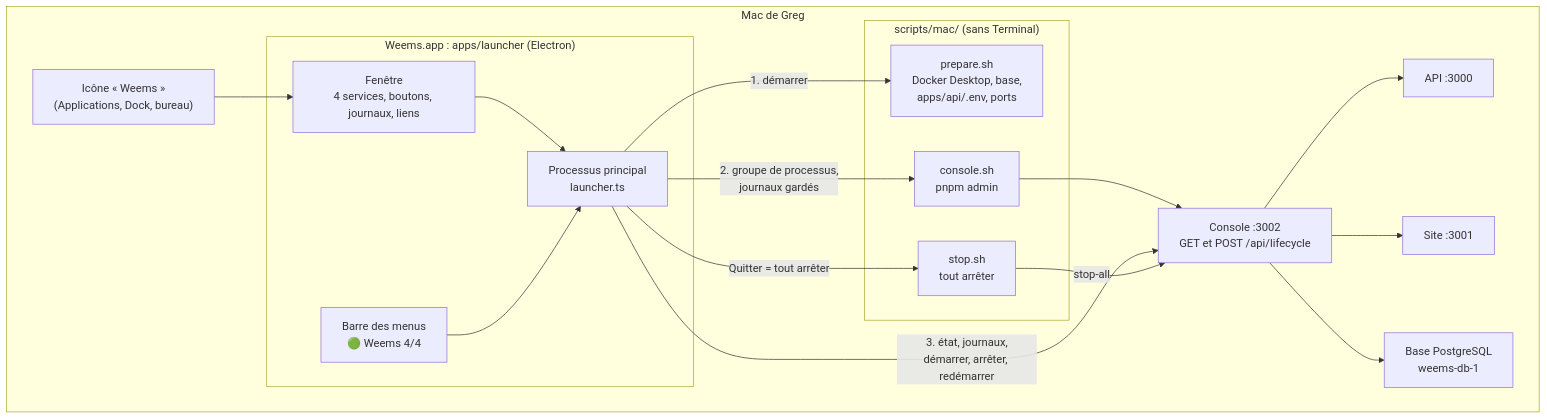
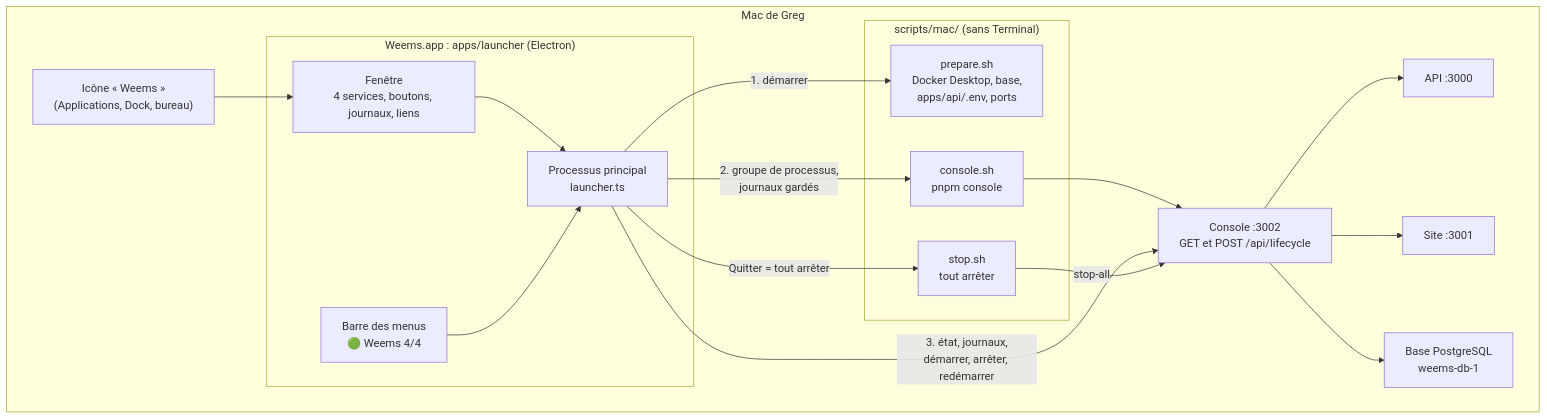
One commit to tetardo/weems changed the diagram in docs/schemas/lanceur-mac.mmd. Above: the diagram before and after it, drawn with Mermaid. The commit also changed 348 other files, not shown here.

First line of the commit message:
refactor: renommer l'application admin en console (#116)

```diff
--- a/docs/schemas/lanceur-mac.mmd
+++ b/docs/schemas/lanceur-mac.mmd
@@ -1,31 +1,31 @@
 flowchart TB
   subgraph mac["Mac de Greg"]
     icone["Icône « Weems »<br/>(Applications, Dock, bureau)"]
     subgraph app["Weems.app : apps/launcher (Electron)"]
       fenetre["Fenêtre<br/>4 services, boutons, journaux, liens"]
       barre["Barre des menus<br/>🟢 Weems 4/4"]
       lanceur["Processus principal<br/>launcher.ts"]
     end
     subgraph scripts["scripts/mac/ (sans Terminal)"]
       prepare["prepare.sh<br/>Docker Desktop, base,<br/>apps/api/.env, ports"]
-      consolesh["console.sh<br/>pnpm admin"]
+      consolesh["console.sh<br/>pnpm console"]
       stopsh["stop.sh<br/>tout arrêter"]
     end
     console["Console :3002<br/>GET et POST /api/lifecycle"]
     api["API :3000"]
     site["Site :3001"]
     db["Base PostgreSQL<br/>weems-db-1"]
   end
 
   icone --> fenetre
   fenetre --> lanceur
   barre --> lanceur
   lanceur -->|"1. démarrer"| prepare
   lanceur -->|"2. groupe de processus,<br/>journaux gardés"| consolesh
   consolesh --> console
   lanceur -->|"3. état, journaux,<br/>démarrer, arrêter, redémarrer"| console
   lanceur -->|"Quitter = tout arrêter"| stopsh
   stopsh -->|"stop-all"| console
   console --> api
   console --> site
   console --> db
```
